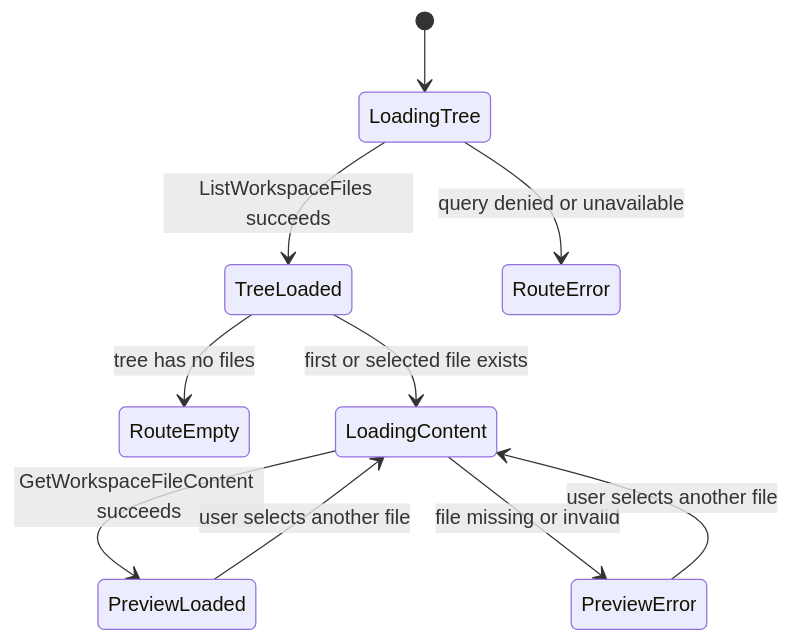
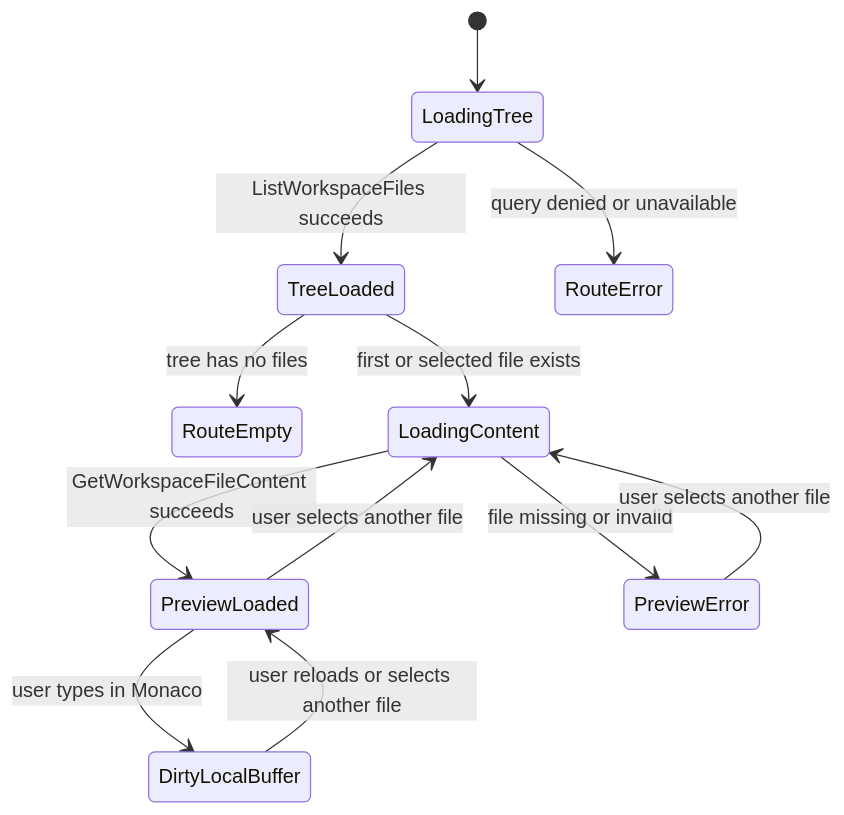
The first of 2 diagrams in docs/architecture/components/web/code-workbench-workspace-files-component.md (dunay2/dvt), drawn with Mermaid before and after one commit. The commit also changed other lines of this file and 29 other files, not shown here.

Commit message:
feat(web): Enable editable Code Monaco buffer

````diff
--- a/docs/architecture/components/web/code-workbench-workspace-files-component.md
+++ b/docs/architecture/components/web/code-workbench-workspace-files-component.md
@@ -90,12 +106,14 @@
 ```mermaid
 stateDiagram-v2
   [*] --> LoadingTree
   LoadingTree --> TreeLoaded: ListWorkspaceFiles succeeds
   LoadingTree --> RouteError: query denied or unavailable
   TreeLoaded --> RouteEmpty: tree has no files
   TreeLoaded --> LoadingContent: first or selected file exists
   LoadingContent --> PreviewLoaded: GetWorkspaceFileContent succeeds
   LoadingContent --> PreviewError: file missing or invalid
+  PreviewLoaded --> DirtyLocalBuffer: user types in Monaco
+  DirtyLocalBuffer --> PreviewLoaded: user reloads or selects another file
   PreviewLoaded --> LoadingContent: user selects another file
   PreviewError --> LoadingContent: user selects another file
 ```
````
